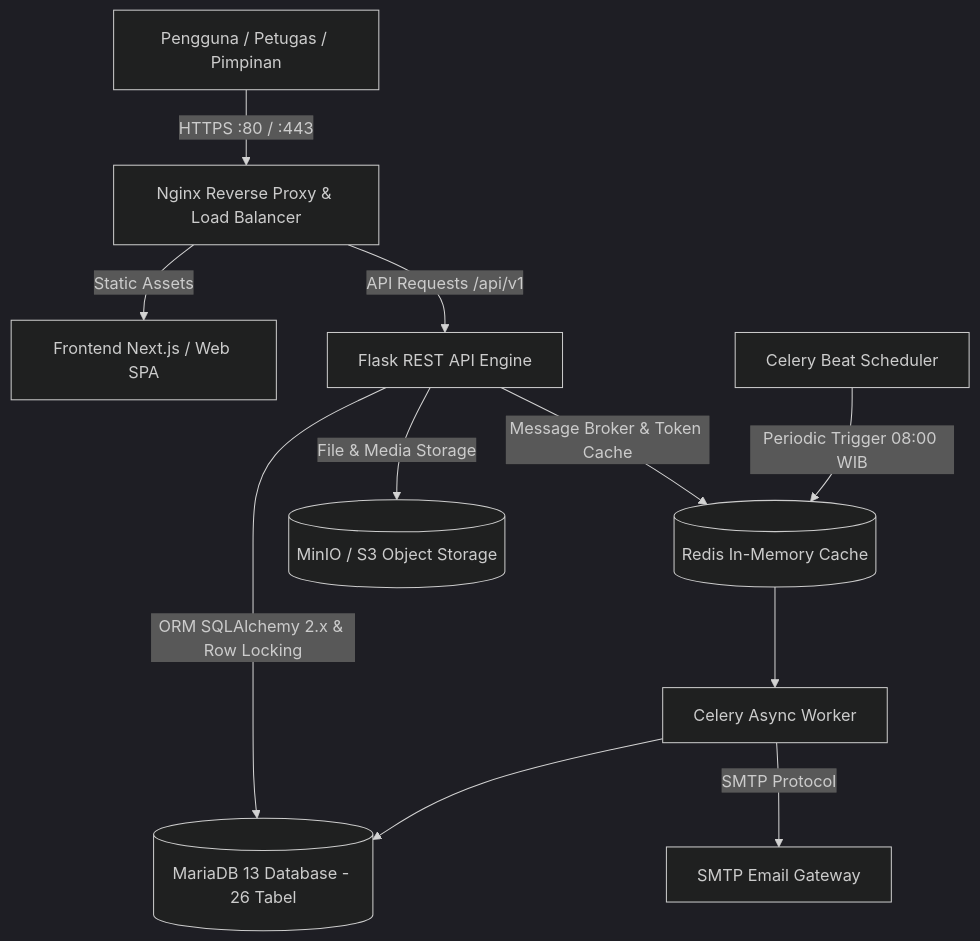
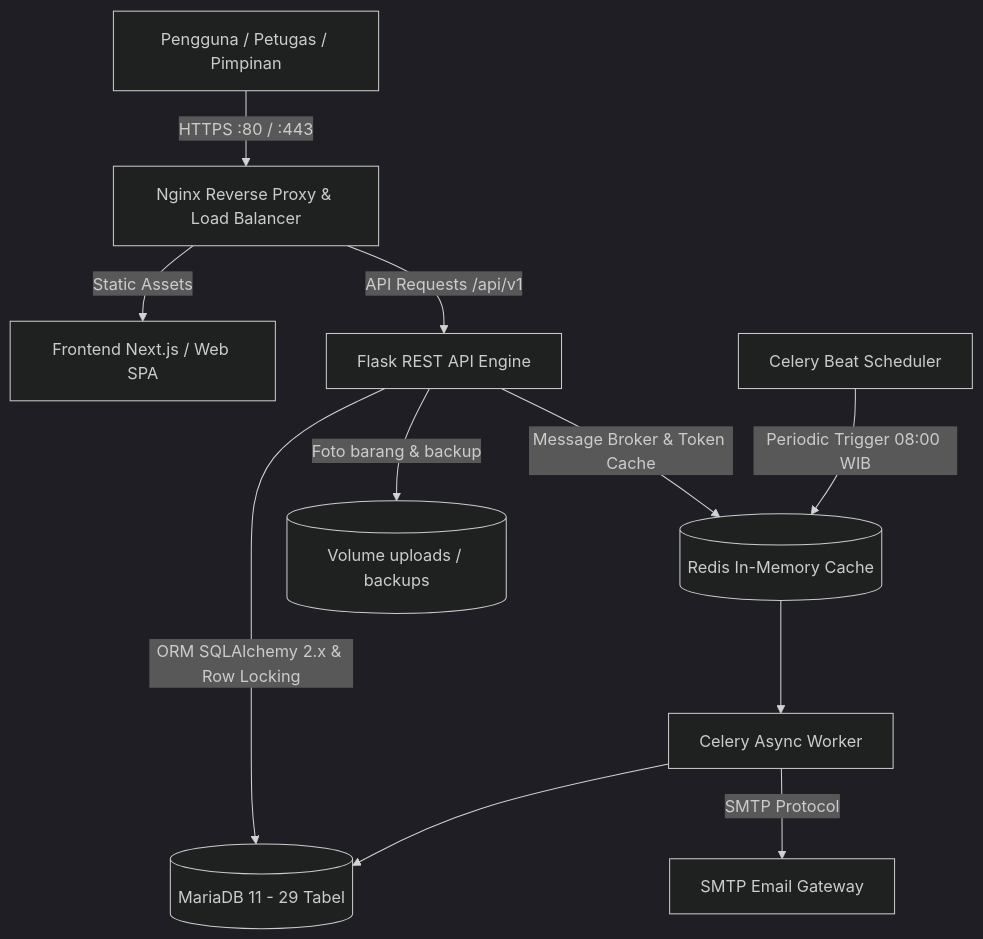
Before and after one commit to lemonade199/SIIPB: the diagram in README.md, drawn with Mermaid (dark theme). The commit also changed other lines of this file and 108 other files, not shown here.

````diff
--- a/README.md
+++ b/README.md
@@ -53,16 +53,16 @@
 ```mermaid
 graph TD
     Client[Pengguna / Petugas / Pimpinan] -->|HTTPS :80 / :443| Nginx[Nginx Reverse Proxy & Load Balancer]
     Nginx -->|Static Assets| Frontend[Frontend Next.js / Web SPA]
     Nginx -->|API Requests /api/v1| FlaskApp[Flask REST API Engine]
     
-    FlaskApp -->|ORM SQLAlchemy 2.x & Row Locking| DB[(MariaDB 13 Database - 26 Tabel)]
+    FlaskApp -->|ORM SQLAlchemy 2.x & Row Locking| DB[(MariaDB 11 - 29 Tabel)]
     FlaskApp -->|Message Broker & Token Cache| Redis[(Redis In-Memory Cache)]
-    FlaskApp -->|File & Media Storage| S3Storage[(MinIO / S3 Object Storage)]
+    FlaskApp -->|Foto barang & backup| Storage[(Volume uploads / backups)]
     
     Redis --> CeleryWorker[Celery Async Worker]
     CeleryWorker -->|SMTP Protocol| EmailServer[SMTP Email Gateway]
     
     CeleryBeat[Celery Beat Scheduler] -->|Periodic Trigger 08:00 WIB| Redis
     CeleryWorker --> DB
 ```
````
